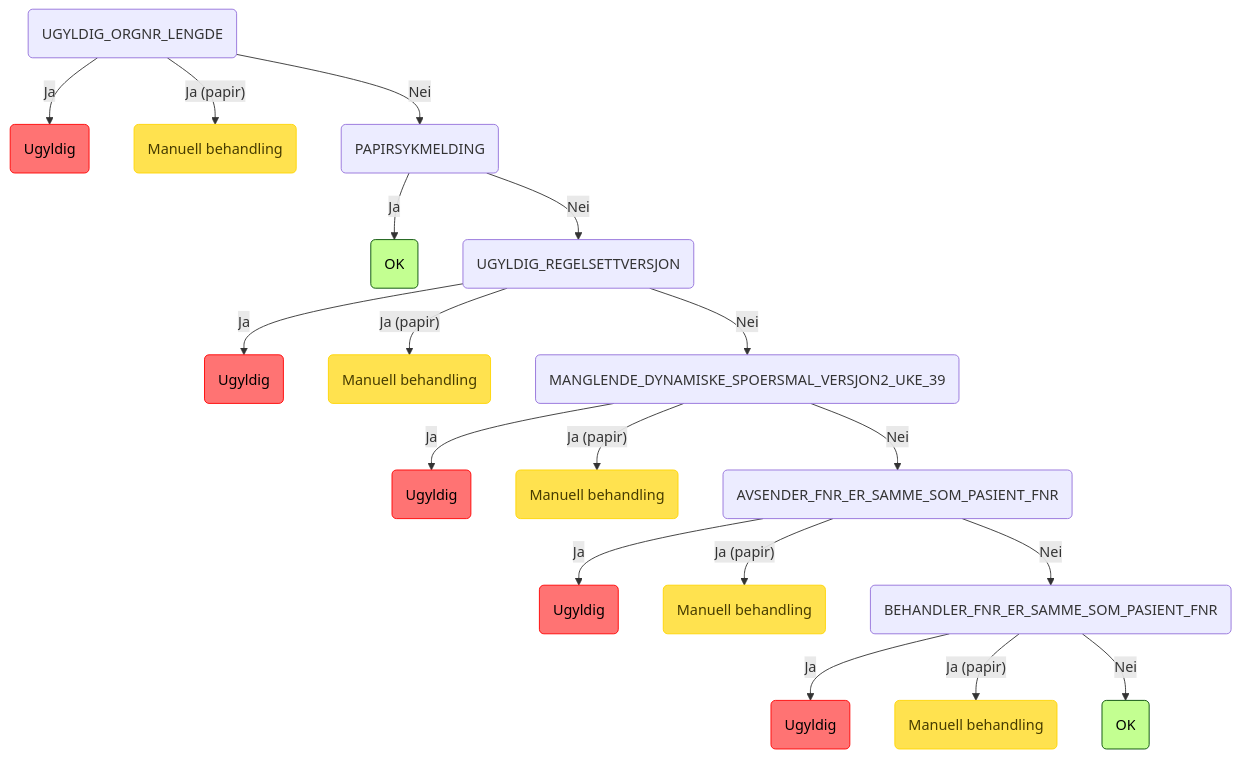
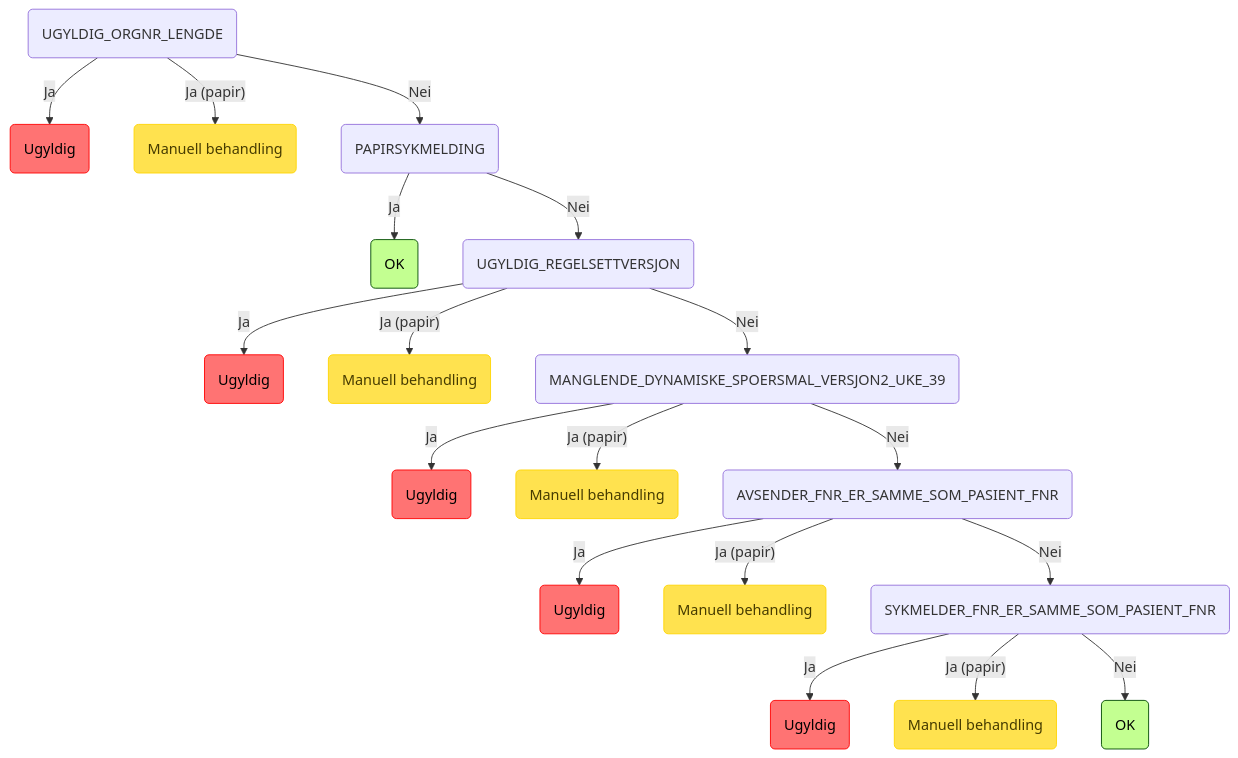
One commit to navikt/regulus-regula changed the second of 8 diagrams in README.md. Above: the diagram before and after it, drawn with Mermaid. The commit also changed other lines of this file and 23 other files, not shown here.

Commit message:
chore: rename behandler to sykmelder and fixed typos

````diff
--- a/README.md
+++ b/README.md
@@ -32,23 +32,23 @@
 ```mermaid
 graph TD
     root(UGYLDIG_ORGNR_LENGDE) -->|Ja| root_UGYLDIG_ORGNR_LENGDE_INVALID(Ugyldig):::invalid
     root(UGYLDIG_ORGNR_LENGDE) -->|"Ja (papir)"| root_UGYLDIG_ORGNR_LENGDE_INVALID_papir(Manuell behandling):::manuell
     root(UGYLDIG_ORGNR_LENGDE) -->|Nei| root_UGYLDIG_ORGNR_LENGDE_PAPIRSYKMELDING(PAPIRSYKMELDING)
     root_UGYLDIG_ORGNR_LENGDE_PAPIRSYKMELDING(PAPIRSYKMELDING) -->|Ja| root_UGYLDIG_ORGNR_LENGDE_PAPIRSYKMELDING_OK(OK):::ok
     root_UGYLDIG_ORGNR_LENGDE_PAPIRSYKMELDING(PAPIRSYKMELDING) -->|Nei| root_UGYLDIG_ORGNR_LENGDE_PAPIRSYKMELDING_UGYLDIG_REGELSETTVERSJON(UGYLDIG_REGELSETTVERSJON)
     root_UGYLDIG_ORGNR_LENGDE_PAPIRSYKMELDING_UGYLDIG_REGELSETTVERSJON(UGYLDIG_REGELSETTVERSJON) -->|Ja| root_UGYLDIG_ORGNR_LENGDE_PAPIRSYKMELDING_UGYLDIG_REGELSETTVERSJON_INVALID(Ugyldig):::invalid
     root_UGYLDIG_ORGNR_LENGDE_PAPIRSYKMELDING_UGYLDIG_REGELSETTVERSJON(UGYLDIG_REGELSETTVERSJON) -->|"Ja (papir)"| root_UGYLDIG_ORGNR_LENGDE_PAPIRSYKMELDING_UGYLDIG_REGELSETTVERSJON_INVALID_papir(Manuell behandling):::manuell
     root_UGYLDIG_ORGNR_LENGDE_PAPIRSYKMELDING_UGYLDIG_REGELSETTVERSJON(UGYLDIG_REGELSETTVERSJON) -->|Nei| root_UGYLDIG_ORGNR_LENGDE_PAPIRSYKMELDING_UGYLDIG_REGELSETTVERSJON_MANGLENDE_DYNAMISKE_SPOERSMAL_VERSJON2_UKE_39(MANGLENDE_DYNAMISKE_SPOERSMAL_VERSJON2_UKE_39)
     root_UGYLDIG_ORGNR_LENGDE_PAPIRSYKMELDING_UGYLDIG_REGELSETTVERSJON_MANGLENDE_DYNAMISKE_SPOERSMAL_VERSJON2_UKE_39(MANGLENDE_DYNAMISKE_SPOERSMAL_VERSJON2_UKE_39) -->|Ja| root_UGYLDIG_ORGNR_LENGDE_PAPIRSYKMELDING_UGYLDIG_REGELSETTVERSJON_MANGLENDE_DYNAMISKE_SPOERSMAL_VERSJON2_UKE_39_INVALID(Ugyldig):::invalid
     root_UGYLDIG_ORGNR_LENGDE_PAPIRSYKMELDING_UGYLDIG_REGELSETTVERSJON_MANGLENDE_DYNAMISKE_SPOERSMAL_VERSJON2_UKE_39(MANGLENDE_DYNAMISKE_SPOERSMAL_VERSJON2_UKE_39) -->|"Ja (papir)"| root_UGYLDIG_ORGNR_LENGDE_PAPIRSYKMELDING_UGYLDIG_REGELSETTVERSJON_MANGLENDE_DYNAMISKE_SPOERSMAL_VERSJON2_UKE_39_INVALID_papir(Manuell behandling):::manuell
     root_UGYLDIG_ORGNR_LENGDE_PAPIRSYKMELDING_UGYLDIG_REGELSETTVERSJON_MANGLENDE_DYNAMISKE_SPOERSMAL_VERSJON2_UKE_39(MANGLENDE_DYNAMISKE_SPOERSMAL_VERSJON2_UKE_39) -->|Nei| root_UGYLDIG_ORGNR_LENGDE_PAPIRSYKMELDING_UGYLDIG_REGELSETTVERSJON_MANGLENDE_DYNAMISKE_SPOERSMAL_VERSJON2_UKE_39_AVSENDER_FNR_ER_SAMME_SOM_PASIENT_FNR(AVSENDER_FNR_ER_SAMME_SOM_PASIENT_FNR)
     root_UGYLDIG_ORGNR_LENGDE_PAPIRSYKMELDING_UGYLDIG_REGELSETTVERSJON_MANGLENDE_DYNAMISKE_SPOERSMAL_VERSJON2_UKE_39_AVSENDER_FNR_ER_SAMME_SOM_PASIENT_FNR(AVSENDER_FNR_ER_SAMME_SOM_PASIENT_FNR) -->|Ja| root_UGYLDIG_ORGNR_LENGDE_PAPIRSYKMELDING_UGYLDIG_REGELSETTVERSJON_MANGLENDE_DYNAMISKE_SPOERSMAL_VERSJON2_UKE_39_AVSENDER_FNR_ER_SAMME_SOM_PASIENT_FNR_INVALID(Ugyldig):::invalid
     root_UGYLDIG_ORGNR_LENGDE_PAPIRSYKMELDING_UGYLDIG_REGELSETTVERSJON_MANGLENDE_DYNAMISKE_SPOERSMAL_VERSJON2_UKE_39_AVSENDER_FNR_ER_SAMME_SOM_PASIENT_FNR(AVSENDER_FNR_ER_SAMME_SOM_PASIENT_FNR) -->|"Ja (papir)"| root_UGYLDIG_ORGNR_LENGDE_PAPIRSYKMELDING_UGYLDIG_REGELSETTVERSJON_MANGLENDE_DYNAMISKE_SPOERSMAL_VERSJON2_UKE_39_AVSENDER_FNR_ER_SAMME_SOM_PASIENT_FNR_INVALID_papir(Manuell behandling):::manuell
-    root_UGYLDIG_ORGNR_LENGDE_PAPIRSYKMELDING_UGYLDIG_REGELSETTVERSJON_MANGLENDE_DYNAMISKE_SPOERSMAL_VERSJON2_UKE_39_AVSENDER_FNR_ER_SAMME_SOM_PASIENT_FNR(AVSENDER_FNR_ER_SAMME_SOM_PASIENT_FNR) -->|Nei| root_UGYLDIG_ORGNR_LENGDE_PAPIRSYKMELDING_UGYLDIG_REGELSETTVERSJON_MANGLENDE_DYNAMISKE_SPOERSMAL_VERSJON2_UKE_39_AVSENDER_FNR_ER_SAMME_SOM_PASIENT_FNR_BEHANDLER_FNR_ER_SAMME_SOM_PASIENT_FNR(BEHANDLER_FNR_ER_SAMME_SOM_PASIENT_FNR)
-    root_UGYLDIG_ORGNR_LENGDE_PAPIRSYKMELDING_UGYLDIG_REGELSETTVERSJON_MANGLENDE_DYNAMISKE_SPOERSMAL_VERSJON2_UKE_39_AVSENDER_FNR_ER_SAMME_SOM_PASIENT_FNR_BEHANDLER_FNR_ER_SAMME_SOM_PASIENT_FNR(BEHANDLER_FNR_ER_SAMME_SOM_PASIENT_FNR) -->|Ja| root_UGYLDIG_ORGNR_LENGDE_PAPIRSYKMELDING_UGYLDIG_REGELSETTVERSJON_MANGLENDE_DYNAMISKE_SPOERSMAL_VERSJON2_UKE_39_AVSENDER_FNR_ER_SAMME_SOM_PASIENT_FNR_BEHANDLER_FNR_ER_SAMME_SOM_PASIENT_FNR_INVALID(Ugyldig):::invalid
-    root_UGYLDIG_ORGNR_LENGDE_PAPIRSYKMELDING_UGYLDIG_REGELSETTVERSJON_MANGLENDE_DYNAMISKE_SPOERSMAL_VERSJON2_UKE_39_AVSENDER_FNR_ER_SAMME_SOM_PASIENT_FNR_BEHANDLER_FNR_ER_SAMME_SOM_PASIENT_FNR(BEHANDLER_FNR_ER_SAMME_SOM_PASIENT_FNR) -->|"Ja (papir)"| root_UGYLDIG_ORGNR_LENGDE_PAPIRSYKMELDING_UGYLDIG_REGELSETTVERSJON_MANGLENDE_DYNAMISKE_SPOERSMAL_VERSJON2_UKE_39_AVSENDER_FNR_ER_SAMME_SOM_PASIENT_FNR_BEHANDLER_FNR_ER_SAMME_SOM_PASIENT_FNR_INVALID_papir(Manuell behandling):::manuell
-    root_UGYLDIG_ORGNR_LENGDE_PAPIRSYKMELDING_UGYLDIG_REGELSETTVERSJON_MANGLENDE_DYNAMISKE_SPOERSMAL_VERSJON2_UKE_39_AVSENDER_FNR_ER_SAMME_SOM_PASIENT_FNR_BEHANDLER_FNR_ER_SAMME_SOM_PASIENT_FNR(BEHANDLER_FNR_ER_SAMME_SOM_PASIENT_FNR) -->|Nei| root_UGYLDIG_ORGNR_LENGDE_PAPIRSYKMELDING_UGYLDIG_REGELSETTVERSJON_MANGLENDE_DYNAMISKE_SPOERSMAL_VERSJON2_UKE_39_AVSENDER_FNR_ER_SAMME_SOM_PASIENT_FNR_BEHANDLER_FNR_ER_SAMME_SOM_PASIENT_FNR_OK(OK):::ok
+    root_UGYLDIG_ORGNR_LENGDE_PAPIRSYKMELDING_UGYLDIG_REGELSETTVERSJON_MANGLENDE_DYNAMISKE_SPOERSMAL_VERSJON2_UKE_39_AVSENDER_FNR_ER_SAMME_SOM_PASIENT_FNR(AVSENDER_FNR_ER_SAMME_SOM_PASIENT_FNR) -->|Nei| root_UGYLDIG_ORGNR_LENGDE_PAPIRSYKMELDING_UGYLDIG_REGELSETTVERSJON_MANGLENDE_DYNAMISKE_SPOERSMAL_VERSJON2_UKE_39_AVSENDER_FNR_ER_SAMME_SOM_PASIENT_FNR_SYKMELDER_FNR_ER_SAMME_SOM_PASIENT_FNR(SYKMELDER_FNR_ER_SAMME_SOM_PASIENT_FNR)
+    root_UGYLDIG_ORGNR_LENGDE_PAPIRSYKMELDING_UGYLDIG_REGELSETTVERSJON_MANGLENDE_DYNAMISKE_SPOERSMAL_VERSJON2_UKE_39_AVSENDER_FNR_ER_SAMME_SOM_PASIENT_FNR_SYKMELDER_FNR_ER_SAMME_SOM_PASIENT_FNR(SYKMELDER_FNR_ER_SAMME_SOM_PASIENT_FNR) -->|Ja| root_UGYLDIG_ORGNR_LENGDE_PAPIRSYKMELDING_UGYLDIG_REGELSETTVERSJON_MANGLENDE_DYNAMISKE_SPOERSMAL_VERSJON2_UKE_39_AVSENDER_FNR_ER_SAMME_SOM_PASIENT_FNR_SYKMELDER_FNR_ER_SAMME_SOM_PASIENT_FNR_INVALID(Ugyldig):::invalid
+    root_UGYLDIG_ORGNR_LENGDE_PAPIRSYKMELDING_UGYLDIG_REGELSETTVERSJON_MANGLENDE_DYNAMISKE_SPOERSMAL_VERSJON2_UKE_39_AVSENDER_FNR_ER_SAMME_SOM_PASIENT_FNR_SYKMELDER_FNR_ER_SAMME_SOM_PASIENT_FNR(SYKMELDER_FNR_ER_SAMME_SOM_PASIENT_FNR) -->|"Ja (papir)"| root_UGYLDIG_ORGNR_LENGDE_PAPIRSYKMELDING_UGYLDIG_REGELSETTVERSJON_MANGLENDE_DYNAMISKE_SPOERSMAL_VERSJON2_UKE_39_AVSENDER_FNR_ER_SAMME_SOM_PASIENT_FNR_SYKMELDER_FNR_ER_SAMME_SOM_PASIENT_FNR_INVALID_papir(Manuell behandling):::manuell
+    root_UGYLDIG_ORGNR_LENGDE_PAPIRSYKMELDING_UGYLDIG_REGELSETTVERSJON_MANGLENDE_DYNAMISKE_SPOERSMAL_VERSJON2_UKE_39_AVSENDER_FNR_ER_SAMME_SOM_PASIENT_FNR_SYKMELDER_FNR_ER_SAMME_SOM_PASIENT_FNR(SYKMELDER_FNR_ER_SAMME_SOM_PASIENT_FNR) -->|Nei| root_UGYLDIG_ORGNR_LENGDE_PAPIRSYKMELDING_UGYLDIG_REGELSETTVERSJON_MANGLENDE_DYNAMISKE_SPOERSMAL_VERSJON2_UKE_39_AVSENDER_FNR_ER_SAMME_SOM_PASIENT_FNR_SYKMELDER_FNR_ER_SAMME_SOM_PASIENT_FNR_OK(OK):::ok
     classDef ok fill:#c3ff91,stroke:#004a00,color: black;
     classDef invalid fill:#ff7373,stroke:#ff0000,color: black;
     classDef manuell fill:#ffe24f,stroke:#ffd500,color: #473c00;
 ```
````
